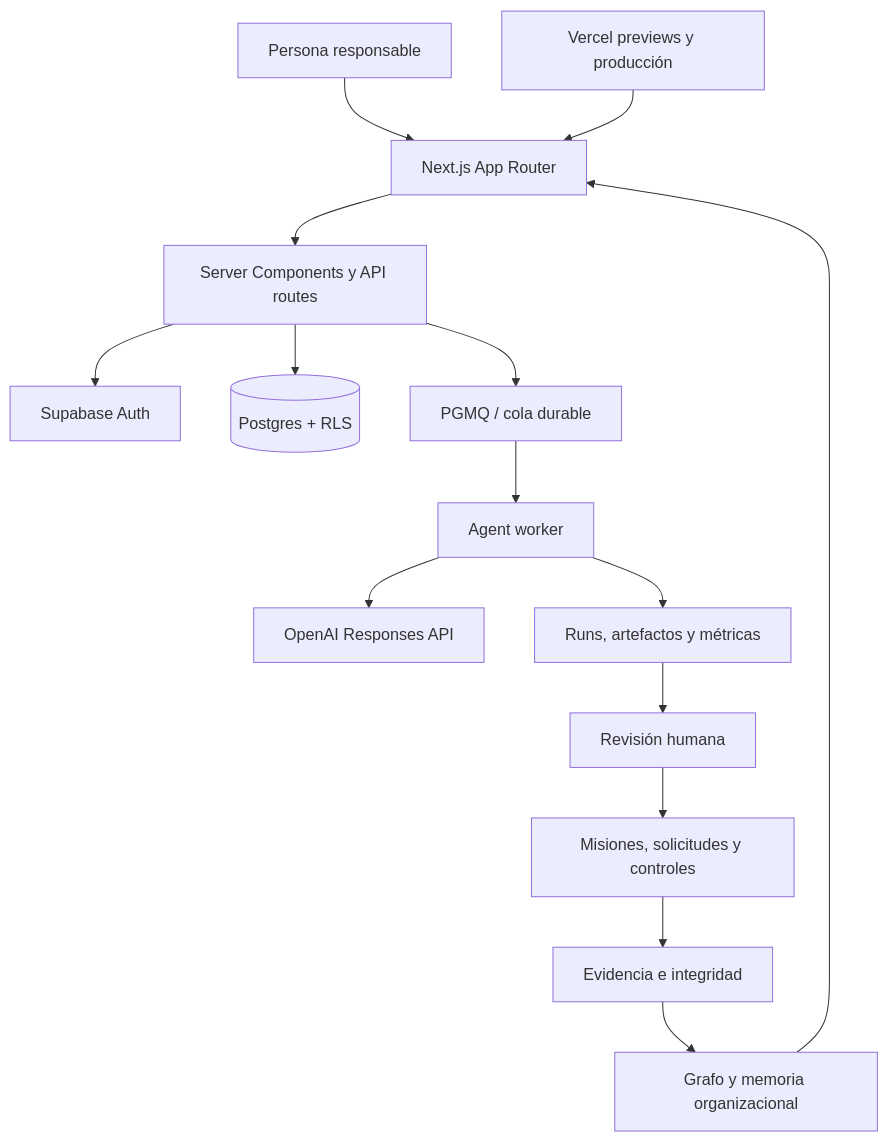
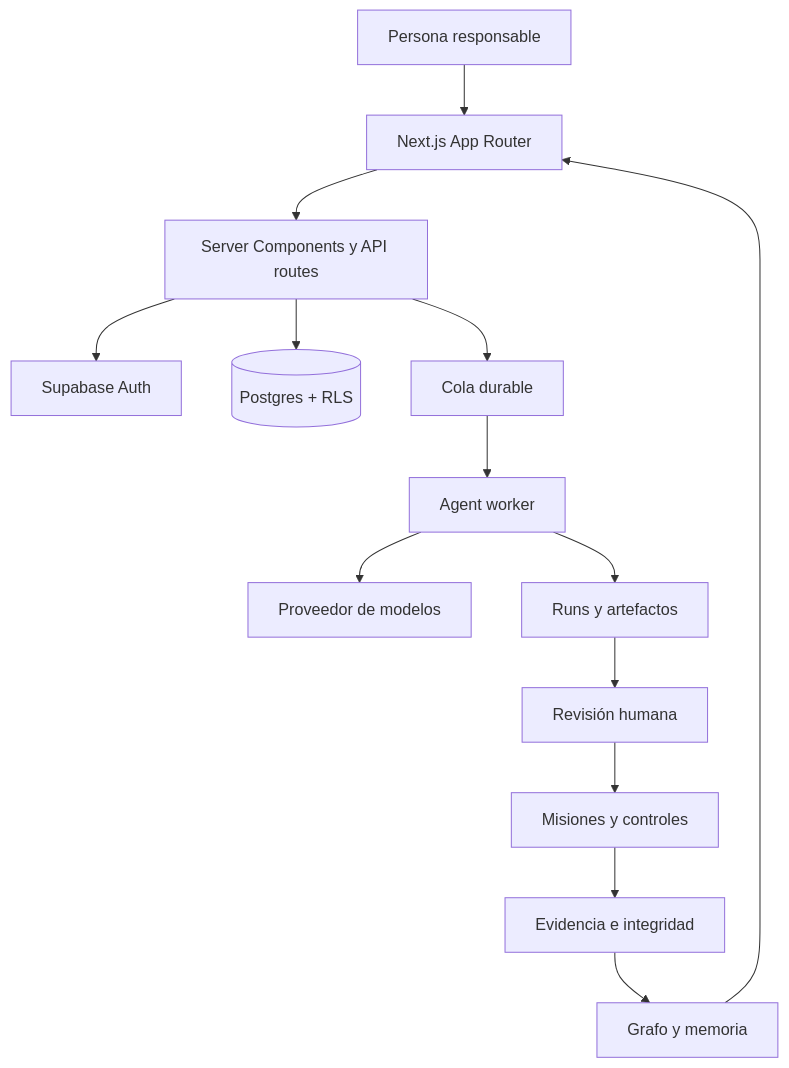
Before and after one commit to traviscomber/kumplio: the diagram in README.md, drawn with Mermaid. The commit also changed other lines of this file, not shown here.

````diff
--- a/README.md
+++ b/README.md
@@ -337,17 +186,16 @@
 ```mermaid
 flowchart TB
   Human[Persona responsable] --> UI[Next.js App Router]
   UI --> Server[Server Components y API routes]
   Server --> Auth[Supabase Auth]
   Server --> DB[(Postgres + RLS)]
-  Server --> Queue[PGMQ / cola durable]
+  Server --> Queue[Cola durable]
   Queue --> Worker[Agent worker]
-  Worker --> OpenAI[OpenAI Responses API]
-  Worker --> Runs[Runs, artefactos y métricas]
+  Worker --> Provider[Proveedor de modelos]
+  Worker --> Runs[Runs y artefactos]
   Runs --> Review[Revisión humana]
-  Review --> Work[Misiones, solicitudes y controles]
+  Review --> Work[Misiones y controles]
   Work --> Evidence[Evidencia e integridad]
-  Evidence --> Memory[Grafo y memoria organizacional]
+  Evidence --> Memory[Grafo y memoria]
   Memory --> UI
-  Vercel[Vercel previews y producción] --> UI
 ```
````
